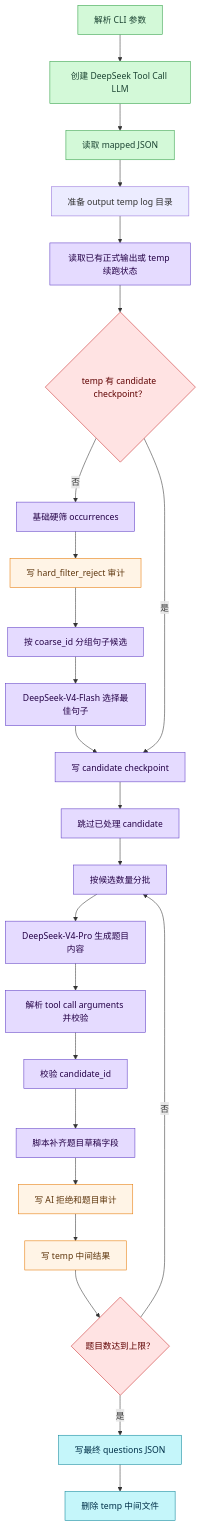
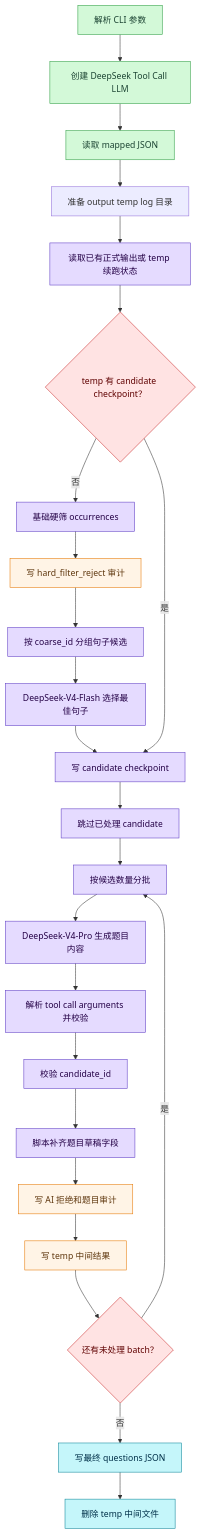
One commit to acquisit-ai/simple-audio-processing changed the second of 6 diagrams in 题目生成流程.md. Above: the diagram before and after it, drawn with Mermaid. The commit also changed other lines of this file and 4 other files, not shown here.

````diff
--- a/题目生成流程.md
+++ b/题目生成流程.md
@@ -141,38 +140,38 @@
 ```mermaid
 graph TB
     cli["解析 CLI 参数"] --> llm["创建 DeepSeek Tool Call LLM"]
     llm --> load["读取 mapped JSON"]
     load --> dirs["准备 output temp log 目录"]
     dirs --> resume["读取已有正式输出或 temp 续跑状态"]
     resume --> checkpoint{"temp 有 candidate checkpoint？"}
     checkpoint -->|否| filter["基础硬筛 occurrences"]
     filter --> audit1["写 hard_filter_reject 审计"]
     audit1 --> group["按 coarse_id 分组句子候选"]
     group --> select["DeepSeek-V4-Flash 选择最佳句子"]
     select --> cpt["写 candidate checkpoint"]
     checkpoint -->|是| cpt
     cpt --> skip["跳过已处理 candidate"]
     skip --> batch["按候选数量分批"]
     batch --> ai["DeepSeek-V4-Pro 生成题目内容"]
     ai --> parse["解析 tool call arguments 并校验"]
     parse --> ids["校验 candidate_id"]
     ids --> merge["脚本补齐题目草稿字段"]
     merge --> audit2["写 AI 拒绝和题目审计"]
     audit2 --> temp["写 temp 中间结果"]
-    temp --> more{"题目数达到上限？"}
-    more -->|否| batch
-    more -->|是| final["写最终 questions JSON"]
+    temp --> more{"还有未处理 batch？"}
+    more -->|是| batch
+    more -->|否| final["写最终 questions JSON"]
     final --> cleanup["删除 temp 中间文件"]
 
     classDef start fill:#d3f9d8,stroke:#2f9e44,color:#1b4332;
     classDef process fill:#e5dbff,stroke:#5f3dc4,color:#240046;
     classDef decision fill:#ffe3e3,stroke:#c92a2a,color:#5f0000;
     classDef storage fill:#fff4e6,stroke:#e67700,color:#5f370e;
     classDef output fill:#c5f6fa,stroke:#0c8599,color:#003049;
 
     class cli,llm,load start;
     class resume,filter,group,select,cpt,skip,batch,ai,parse,ids,merge process;
     class checkpoint,more decision;
     class audit1,audit2,temp storage;
     class final,cleanup output;
 ```
````
